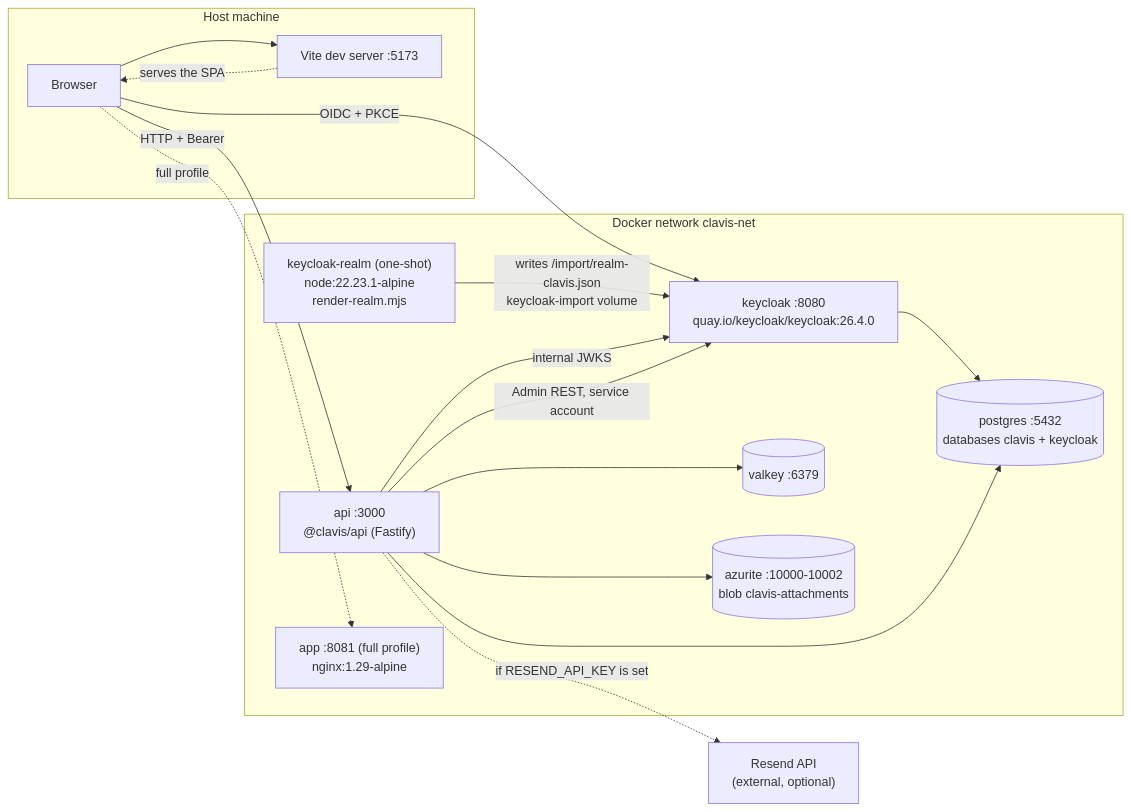
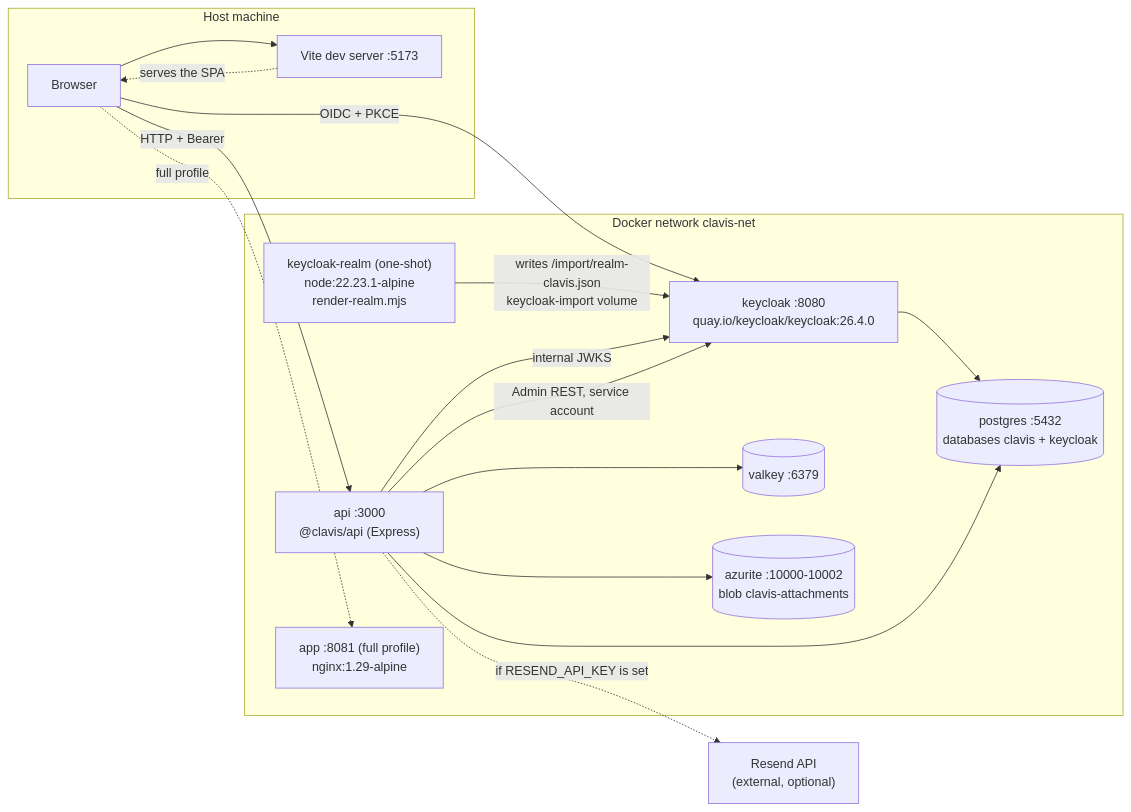
Before and after one commit to mapineda48/clavis: the second of 2 diagrams in README.md, drawn with Mermaid. The commit also changed other lines of this file and 67 other files, not shown here.

First line of the commit message:
refactor: migrate the API to Express 5 behind a layered architecture

````diff
--- a/README.md
+++ b/README.md
@@ -352,33 +352,33 @@
 ```mermaid
 flowchart LR
     subgraph host["Host machine"]
         BROWSER["Browser"]
         VITE["Vite dev server :5173"]
     end
 
     subgraph net["Docker network clavis-net"]
         KCR["keycloak-realm (one-shot)<br/>node:22.23.1-alpine<br/>render-realm.mjs"]
         KC["keycloak :8080<br/>quay.io/keycloak/keycloak:26.4.0"]
-        API["api :3000<br/>@clavis/api (Fastify)"]
+        API["api :3000<br/>@clavis/api (Express)"]
         PG[("postgres :5432<br/>databases clavis + keycloak")]
         VK[("valkey :6379")]
         AZ[("azurite :10000-10002<br/>blob clavis-attachments")]
         NGX["app :8081 (full profile)<br/>nginx:1.29-alpine"]
     end
 
     RESEND["Resend API<br/>(external, optional)"]
 
     BROWSER -->|"OIDC + PKCE"| KC
     BROWSER -->|"HTTP + Bearer"| API
     BROWSER --> VITE
     BROWSER -.->|"full profile"| NGX
     VITE -.->|"serves the SPA"| BROWSER
     KCR -->|"writes /import/realm-clavis.json<br/>keycloak-import volume"| KC
     KC --> PG
     API -->|"internal JWKS"| KC
     API -->|"Admin REST, service account"| KC
     API --> PG
     API --> VK
     API --> AZ
     API -.->|"if RESEND_API_KEY is set"| RESEND
 ```
````
